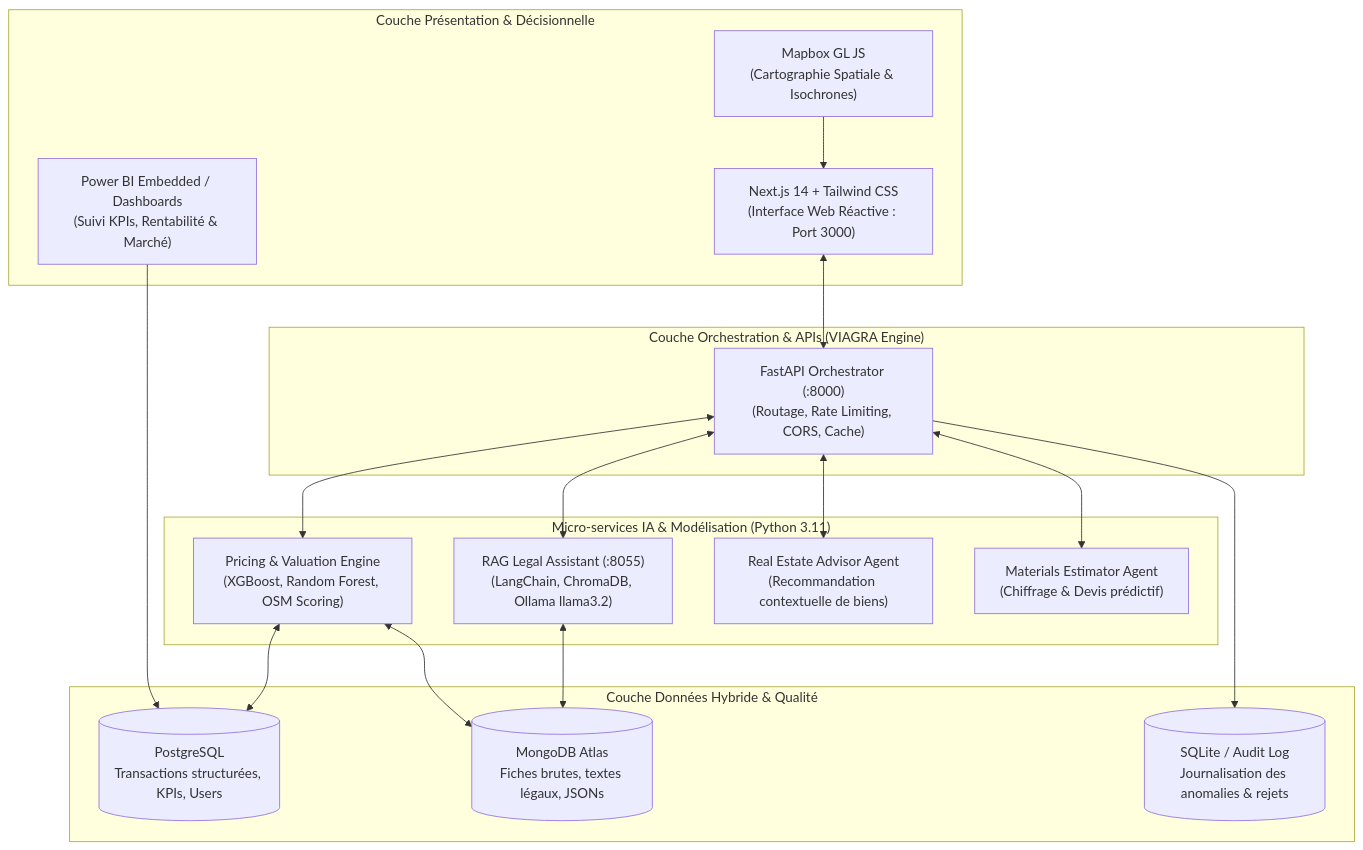
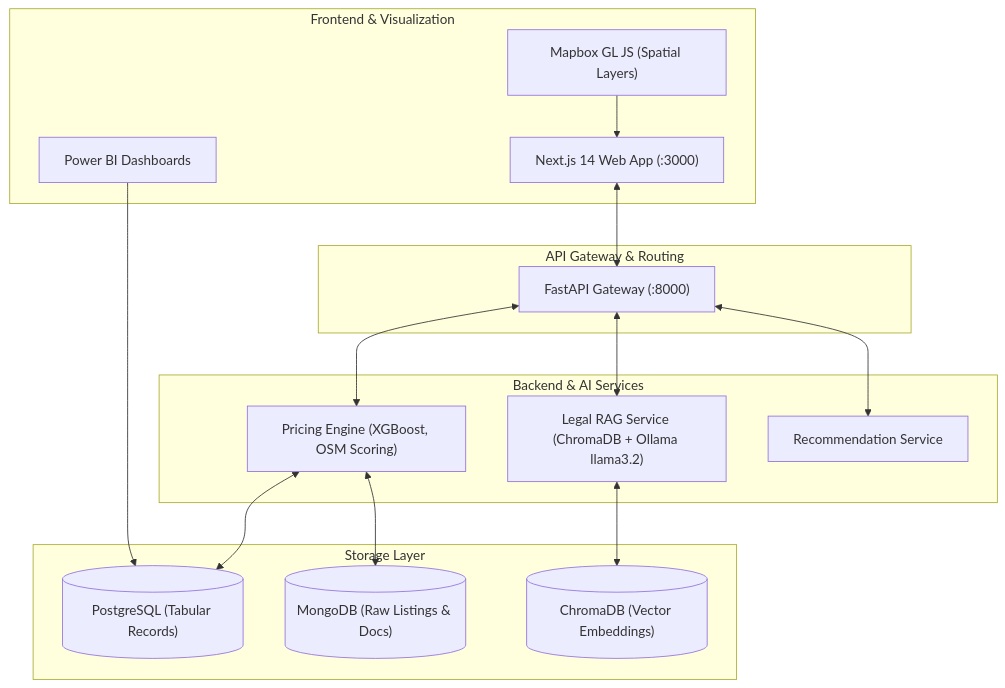
The diagram in README.md (dhia10/EstateMind), drawn with Mermaid before and after one commit. The commit also changed other lines of this file, not shown here.

Commit message:
docs: humanize README, eliminate corporate buzzwords, and clarify engineering architecture

````diff
--- a/README.md
+++ b/README.md
@@ -25,39 +27,36 @@
 ```mermaid
 flowchart TD
-    subgraph Presentation ["Couche Présentation & Décisionnelle"]
-        Frontend["Next.js 14 + Tailwind CSS<br/>(Interface Web Réactive : Port 3000)"]
-        Mapbox["Mapbox GL JS<br/>(Cartographie Spatiale & Isochrones)"]
-        PowerBI["Power BI Embedded / Dashboards<br/>(Suivi KPIs, Rentabilité & Marché)"]
+    subgraph UI ["Frontend & Visualization"]
+        Frontend["Next.js 14 Web App (:3000)"]
+        Mapbox["Mapbox GL JS (Spatial Layers)"]
+        PowerBI["Power BI Dashboards"]
     end
 
-    subgraph Orchestration ["Couche Orchestration & APIs (VIAGRA Engine)"]
-        Orchestrator["FastAPI Orchestrator (:8000)<br/>(Routage, Rate Limiting, CORS, Cache)"]
+    subgraph Gateway ["API Gateway & Routing"]
+        Orchestrator["FastAPI Gateway (:8000)"]
     end
 
-    subgraph AIServices ["Micro-services IA & Modélisation (Python 3.11)"]
-        MLService["Pricing & Valuation Engine<br/>(XGBoost, Random Forest, OSM Scoring)"]
-        RAGLegal["RAG Legal Assistant (:8055)<br/>(LangChain, ChromaDB, Ollama llama3.2)"]
-        AdvisorAgent["Real Estate Advisor Agent<br/>(Recommandation contextuelle de biens)"]
-        MaterialsAgent["Materials Estimator Agent<br/>(Chiffrage & Devis prédictif)"]
+    subgraph Services ["Backend & AI Services"]
+        MLService["Pricing Engine (XGBoost, OSM Scoring)"]
+        RAGLegal["Legal RAG Service (ChromaDB + Ollama llama3.2)"]
+        AdvisorAgent["Recommendation Service"]
     end
 
-    subgraph DataLayer ["Couche Données Hybride & Qualité"]
-        Postgres[("PostgreSQL<br/>Transactions structurées, KPIs, Users")]
-        Mongo[("MongoDB Atlas<br/>Fiches brutes, textes légaux, JSONs")]
-        SQLite[("SQLite / Audit Log<br/>Journalisation des anomalies & rejets")]
+    subgraph DataStore ["Storage Layer"]
+        Postgres[("PostgreSQL (Tabular Records)")]
+        Mongo[("MongoDB (Raw Listings & Docs)")]
+        ChromaStore[("ChromaDB (Vector Embeddings)")]
     end
 
     Frontend <--> Orchestrator
     Mapbox --> Frontend
     PowerBI --> Postgres
 
     Orchestrator <--> MLService
     Orchestrator <--> RAGLegal
     Orchestrator <--> AdvisorAgent
-    Orchestrator <--> MaterialsAgent
 
     MLService <--> Postgres
     MLService <--> Mongo
-    RAGLegal <--> Mongo
-    Orchestrator --> SQLite
+    RAGLegal <--> ChromaStore
 ```
````
